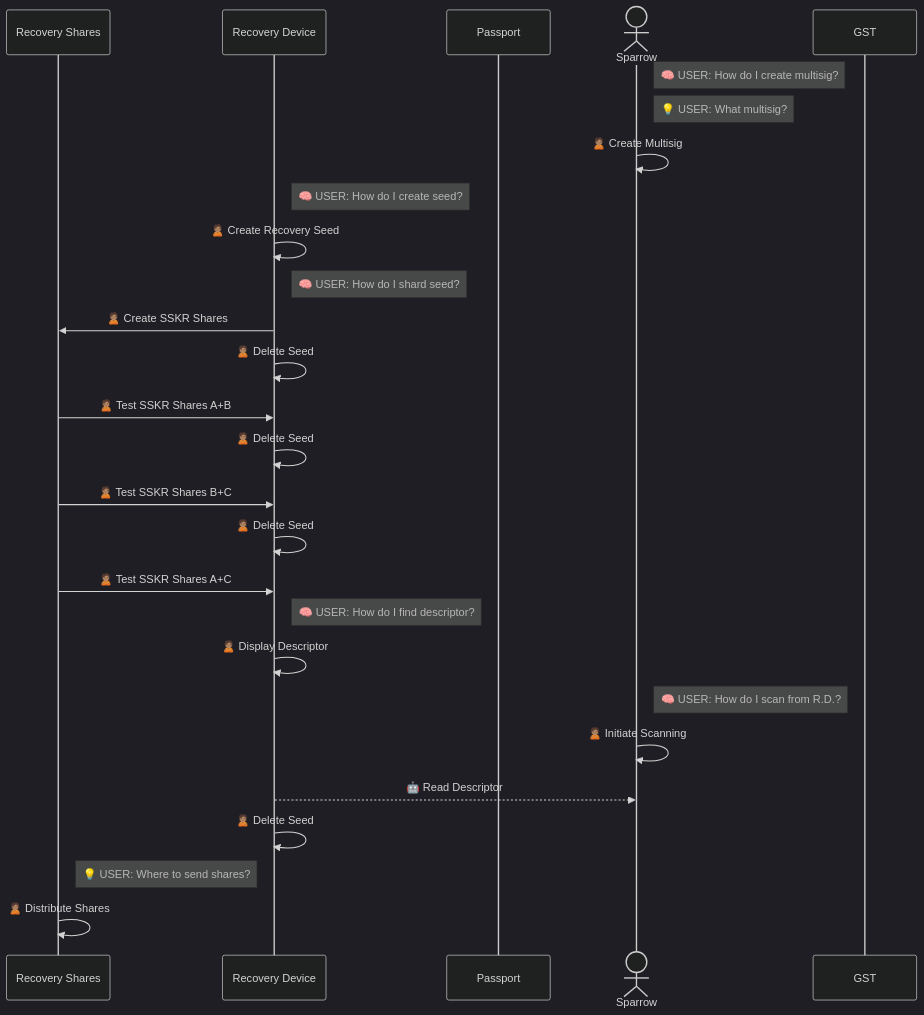
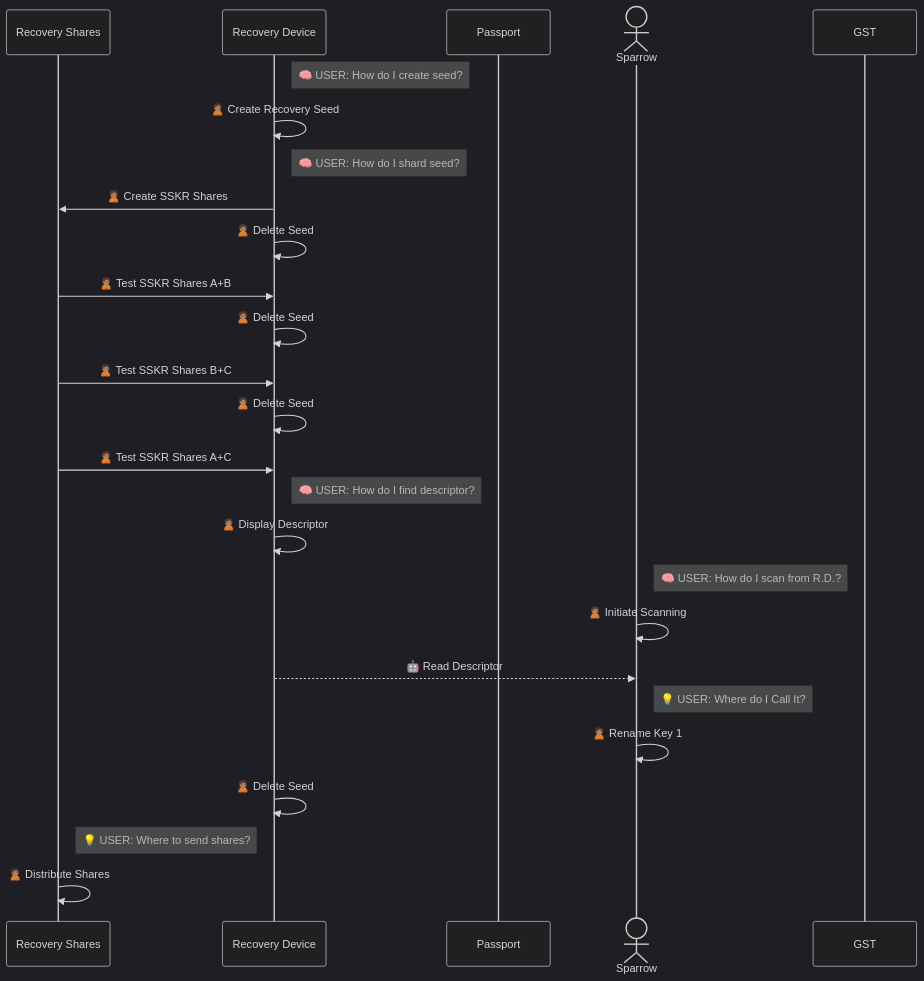
The second of 2 diagrams in Docs/Scenario-Multisig-RR.md (BlockchainCommons/SmartCustody), drawn with Mermaid (dark theme) before and after one commit. The commit also changed other lines of this file, not shown here.

````diff
--- a/Docs/Scenario-Multisig-RR.md
+++ b/Docs/Scenario-Multisig-RR.md
@@ -17,32 +34,30 @@
 ```mermaid
 sequenceDiagram
 participant Rs as Recovery Shares
 participant R as Recovery Device
 participant S1 as Passport
 actor TC as Sparrow
 participant S2 as GST
-
-note right of TC: 🧠 USER: How do I create multisig?
-note right of TC: 💡 USER: What multisig?
-TC->>TC: 🙎🏽 Create Multisig
 
 note right of R: 🧠 USER: How do I create seed?
 R->>R: 🙎🏽 Create Recovery Seed
 note right of R: 🧠 USER: How do I shard seed?
 R->>Rs: 🙎🏽 Create SSKR Shares
 R->>R: 🙎🏽 Delete Seed
 Rs->>R: 🙎🏽 Test SSKR Shares A+B
 R->>R: 🙎🏽 Delete Seed
 Rs->>R: 🙎🏽 Test SSKR Shares B+C
 R->>R: 🙎🏽 Delete Seed
 Rs->>R: 🙎🏽 Test SSKR Shares A+C
 
 note right of R: 🧠 USER: How do I find descriptor?
 R->>R: 🙎🏽 Display Descriptor
 note right of TC: 🧠 USER: How do I scan from R.D.?
 TC->>TC: 🙎🏽 Initiate Scanning
 R-->>TC: 🤖 Read Descriptor
+note right of TC: 💡 USER: Where do I Call It?
+TC->>TC: 🙎🏽 Rename Key 1
 R->>R: 🙎🏽 Delete Seed
 note right of Rs: 💡 USER: Where to send shares?
 Rs->>Rs: 🙎🏽 Distribute Shares
 ```
````
